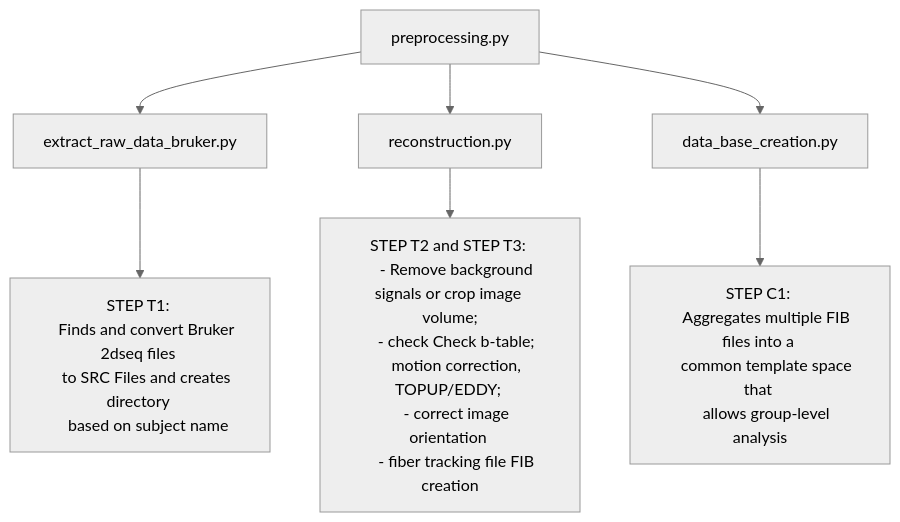
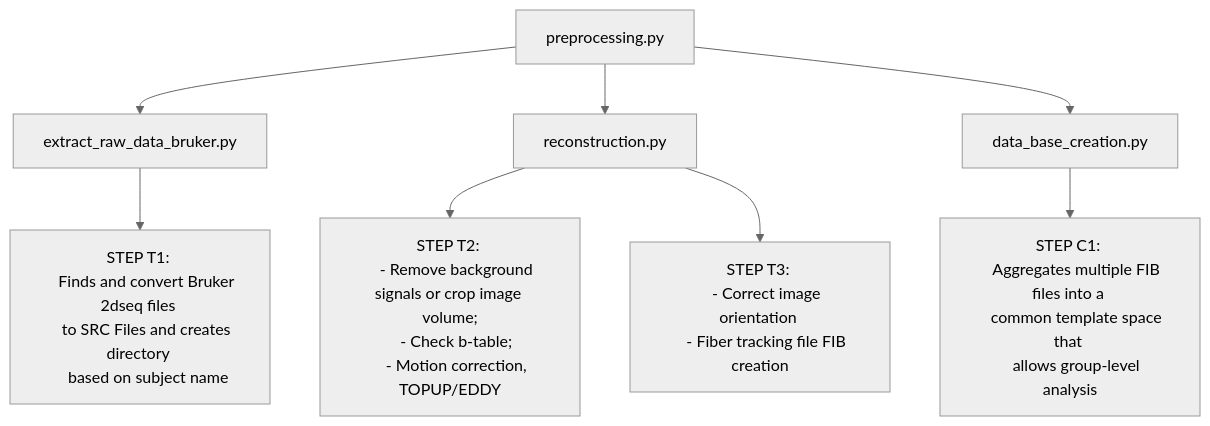
Before and after one commit to ut-klab-ygroup/mri-dsi-studio-scripts: the first of 2 diagrams in README.md, drawn with Mermaid (neutral theme).

````diff
--- a/README.md
+++ b/README.md
@@ -22,21 +22,24 @@
 ```mermaid
 graph TD;
     A[preprocessing.py] --> B[extract_raw_data_bruker.py]
     A --> C[reconstruction.py]
     A --> D[data_base_creation.py]
 
     B --> B1[STEP T1: 
     Finds and convert Bruker 2dseq files 
     to SRC Files and creates directory 
     based on subject name]
-    C --> C1[STEP T2 and STEP T3: 
+    C --> C1[STEP T2: 
     - Remove background signals or crop image volume;
-    - check Check b-table; 
-    motion correction, TOPUP/EDDY; 
-    - correct image orientation 
-    - fiber tracking file FIB creation]
+    - Check b-table; 
+    - Motion correction, TOPUP/EDDY]
+
+    C --> C2[STEP T3: 
+    - Correct image orientation 
+    - Fiber tracking file FIB creation]
+
     D --> D1[STEP C1: 
     Aggregates multiple FIB files into a 
     common template space that 
     allows group-level analysis]
 ```
````
